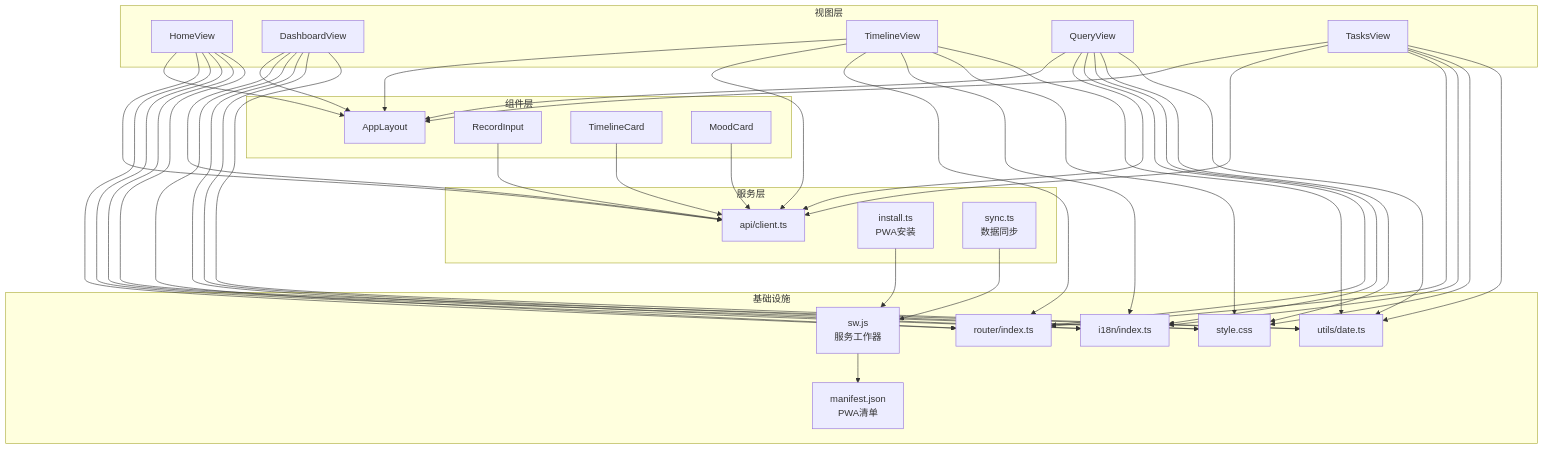
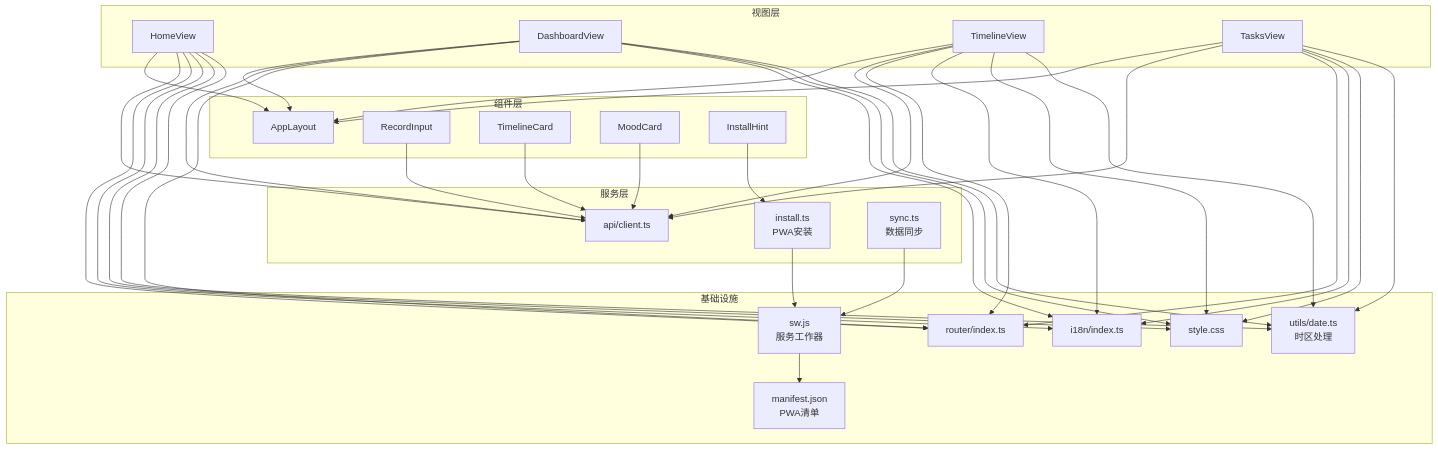
Before and after one commit to xufuyu/Lumen: the second of 10 diagrams in .qoder/repowiki/zh/content/前端开发/前端开发.md, drawn with Mermaid. The commit also changed other lines of this file and 43 other files, not shown here.

````diff
--- a/.qoder/repowiki/zh/content/前端开发/前端开发.md
+++ b/.qoder/repowiki/zh/content/前端开发/前端开发.md
@@ -146,65 +158,60 @@
 ```mermaid
 graph TB
 subgraph "视图层"
 V1["HomeView"]
 V2["DashboardView"]
 V3["TimelineView"]
-V4["QueryView"]
-V5["TasksView"]
+V4["TasksView"]
 end
 subgraph "组件层"
 C1["AppLayout"]
 C2["RecordInput"]
 C3["TimelineCard"]
 C4["MoodCard"]
+C5["InstallHint"]
 end
 subgraph "服务层"
 S1["api/client.ts"]
 S2["install.ts<br/>PWA安装"]
 S3["sync.ts<br/>数据同步"]
 end
 subgraph "基础设施"
 R["router/index.ts"]
 I1["i18n/index.ts"]
-U1["utils/date.ts"]
+U1["utils/date.ts<br/>时区处理"]
 ST["style.css"]
 PWA["sw.js<br/>服务工作器"]
 MAN["manifest.json<br/>PWA清单"]
 end
 V1 --> C1
 V2 --> C1
 V3 --> C1
 V4 --> C1
-V5 --> C1
 V1 --> S1
 V2 --> S1
 V3 --> S1
 V4 --> S1
-V5 --> S1
 C2 --> S1
 C3 --> S1
 C4 --> S1
+C5 --> S2
 V1 --> R
 V2 --> R
 V3 --> R
 V4 --> R
-V5 --> R
 V1 --> I1
 V2 --> I1
 V3 --> I1
 V4 --> I1
-V5 --> I1
 V1 --> ST
 V2 --> ST
 V3 --> ST
 V4 --> ST
-V5 --> ST
 V1 --> U1
 V2 --> U1
 V3 --> U1
 V4 --> U1
-V5 --> U1
 S2 --> PWA
 S3 --> PWA
 PWA --> MAN
 ```
````
